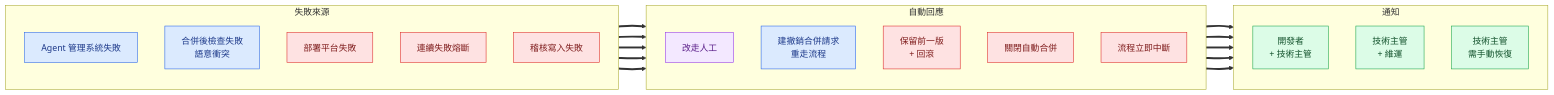
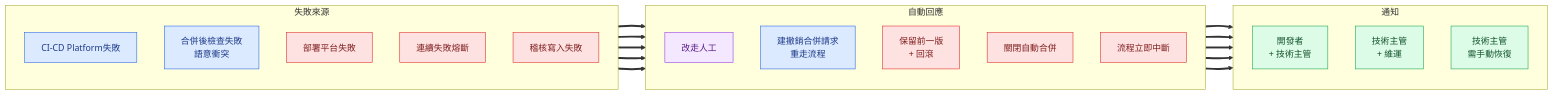
Before and after one commit to Jiaye-DF/AI-Spec: the fourth of 4 diagrams in Architecture/Auto-CI-CD/workflow-v1.1/workflow-v1.1.md, drawn with Mermaid. The commit also changed other lines of this file and 3 other files, not shown here.

````diff
--- a/Architecture/Auto-CI-CD/workflow-v1.1/workflow-v1.1.md
+++ b/Architecture/Auto-CI-CD/workflow-v1.1/workflow-v1.1.md
@@ -587,39 +587,39 @@
 ```mermaid
 %%{init: {'flowchart': {'htmlLabels': true, 'curve': 'basis'}} }%%
 flowchart LR
   subgraph F[失敗來源]
     direction TB
-    F1[Agent 管理系統失敗]:::it
+    F1[CI-CD Platform失敗]:::it
     F2[合併後檢查失敗<br>語意衝突]:::it
     F3[部署平台失敗]:::critical
     F4[連續失敗熔斷]:::critical
     F5[稽核寫入失敗]:::critical
   end
 
   subgraph R[自動回應]
     direction TB
     R1[改走人工]:::shared
     R2[建撤銷合併請求<br>重走流程]:::it
     R3[保留前一版<br>+ 回滾]:::critical
     R4[關閉自動合併]:::critical
     R5[流程立即中斷]:::critical
   end
 
   subgraph N[通知]
     direction TB
     N1[開發者<br>+ 技術主管]:::user
     N2[技術主管<br>+ 維運]:::user
     N3[技術主管<br>需手動恢復]:::user
   end
 
   F1 ==> R1 ==> N1
   F2 ==> R2 ==> N1
   F3 ==> R3 ==> N2
   F4 ==> R4 ==> N3
   F5 ==> R5 ==> N2
 
   classDef user fill:#dcfce7,stroke:#16a34a,color:#14532d
   classDef it fill:#dbeafe,stroke:#2563eb,color:#1e3a8a
   classDef shared fill:#f3e8ff,stroke:#9333ea,color:#581c87
   classDef critical fill:#fee2e2,stroke:#dc2626,color:#7f1d1d
 ```
````
